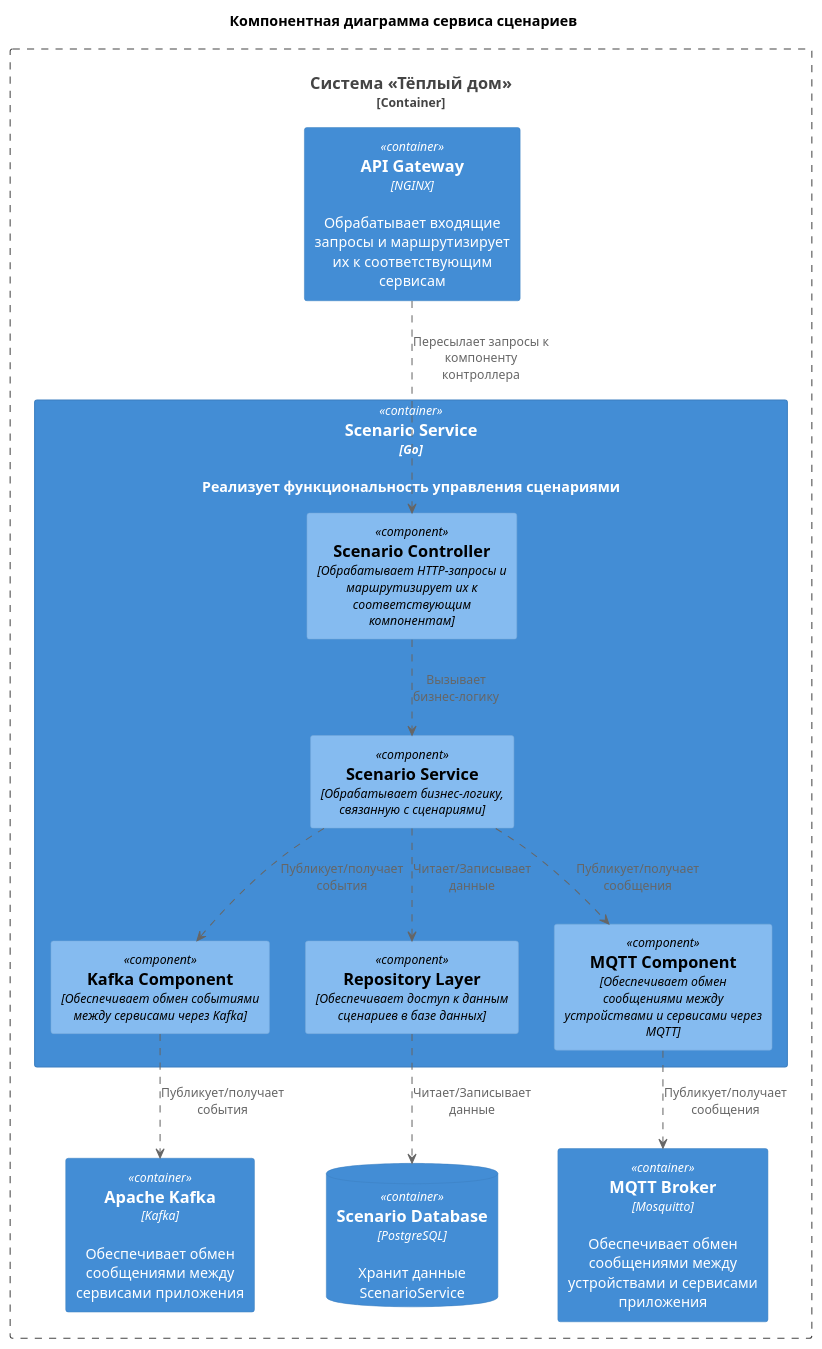
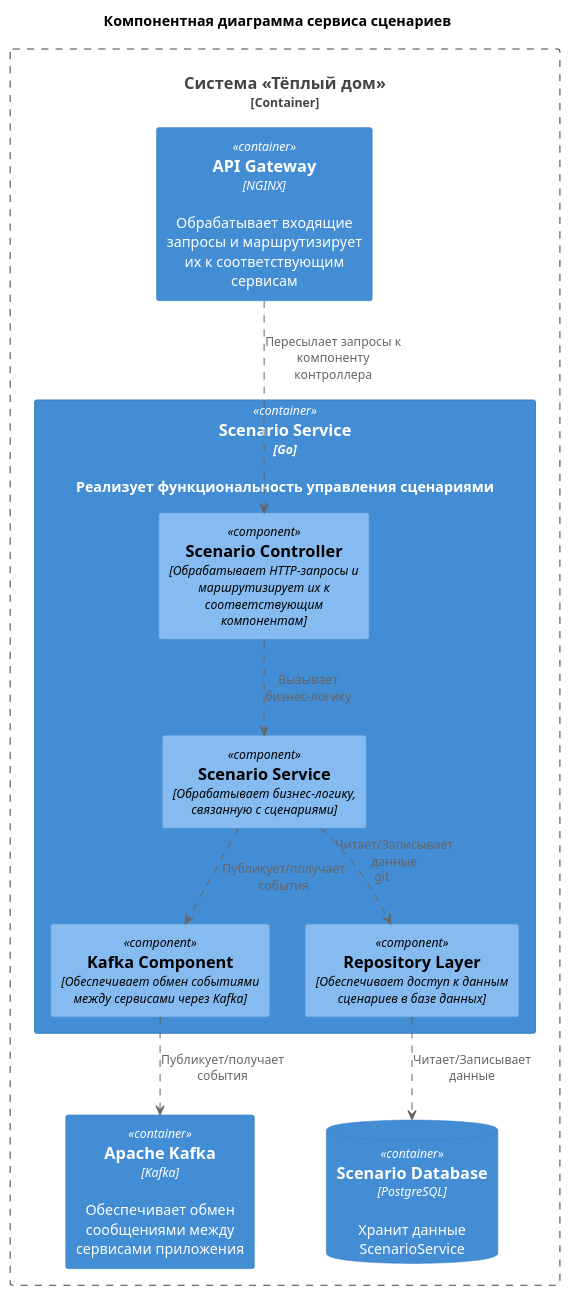
Before and after one commit to PAKETIKk/architecture-warmhouse: the diagram in diagrams/component/component-ScenarioService.puml, drawn with PlantUML. The commit also changed 3 other files, not shown here.

```diff
--- a/diagrams/component/component-ScenarioService.puml
+++ b/diagrams/component/component-ScenarioService.puml
@@ -1,35 +1,31 @@
 @startuml
 title Компонентная диаграмма сервиса сценариев
 ' Импорт
 !include ../../uml-lib/C4_Component.puml
 ' Система
 Container_Boundary(system, "Система «Тёплый дом»"){
   ' Сервисы
   Container(ScenarioService, "Scenario Service", "Go", "Реализует функциональность управления сценариями")
   Container(ApiGateway, "API Gateway", "NGINX", "Обрабатывает входящие запросы и маршрутизирует их к соответствующим сервисам")
   ' Брокеры сообщений
   Container(Kafka, "Apache Kafka", "Kafka", "Обеспечивает обмен сообщениями между сервисами приложения")  
-  Container(MqttBroker, "MQTT Broker", "Mosquitto", "Обеспечивает обмен сообщениями между устройствами и сервисами приложения")
   ' СУБД Scenario Service
   ContainerDb(ScenarioDatabase, "Scenario Database", "PostgreSQL", "Хранит данные ScenarioService")
 }
 ' Сервис сценариев
 Container(ScenarioService, "Scenario Service") {
 ' Компоненты сервиса сценариев
   Component(ControllerComponent, "Scenario Controller","Обрабатывает HTTP-запросы и маршрутизирует их к соответствующим компонентам")
   Component(ServiceComponent, "Scenario Service", "Обрабатывает бизнес-логику, связанную с сценариями")
   Component(KafkaComponent, "Kafka Component", "Обеспечивает обмен событиями между сервисами через Kafka")
   Component(RepositoryComponent, "Repository Layer", "Обеспечивает доступ к данным сценариев в базе данных")
-  Component(MqttComponent, "MQTT Component", "Обеспечивает обмен сообщениями между устройствами и сервисами через MQTT")
 }
 ' Взаимодействия компонентов
 ControllerComponent ..> ServiceComponent : "Вызывает\nбизнес-логику"
-ServiceComponent ..> RepositoryComponent : "Читает/Записывает\nданные"
+ServiceComponent ..> RepositoryComponent : "Читает/Записывает\nданные"git 
 ServiceComponent ..> KafkaComponent : "Публикует/получает\nсобытия"
-ServiceComponent ..> MqttComponent : "Публикует/получает\nсообщения"
 RepositoryComponent ..> ScenarioDatabase : "Читает/Записывает\nданные"
 ' Взаимодействия с сервисами
 ApiGateway ..> ControllerComponent : "Пересылает запросы к компоненту контроллера"
 KafkaComponent ..> Kafka : "Публикует/получает\nсобытия"
-MqttComponent ..> MqttBroker : "Публикует/получает\nсообщения"
 @enduml
```
